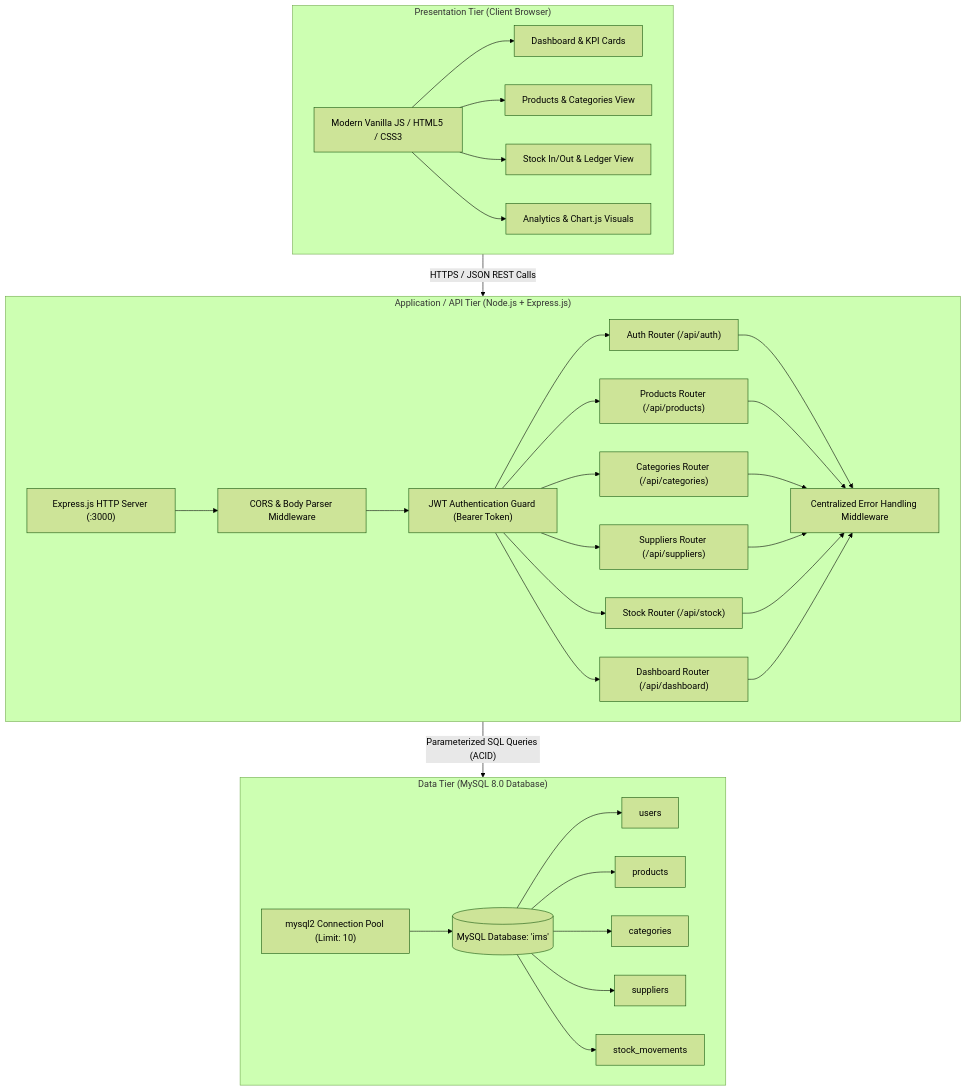
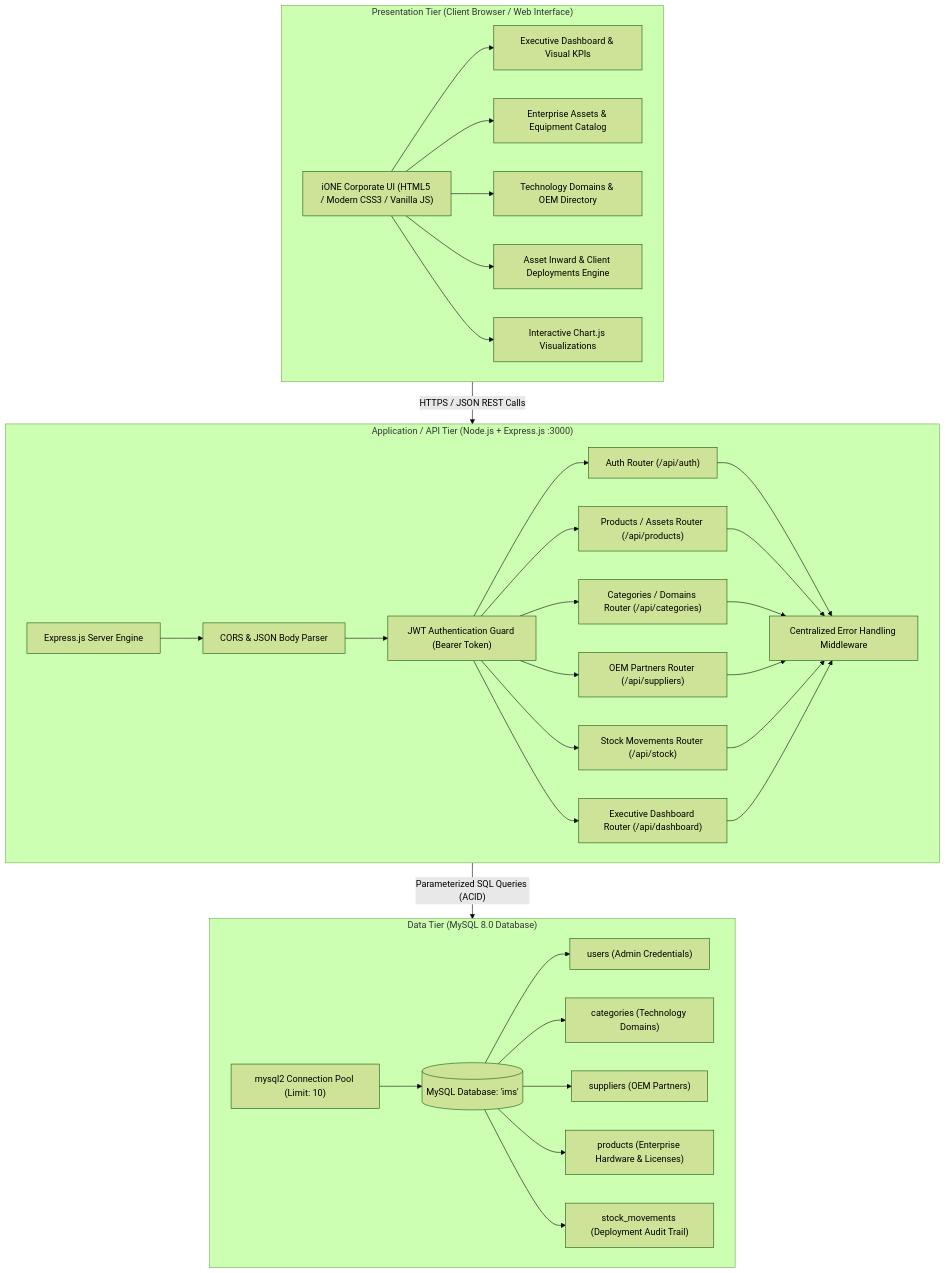
Before and after one commit to bhumika-bindal/Inventory_mngmnt_sys: the first of 3 diagrams in IMS_System_Design.md, drawn with Mermaid (forest theme). The commit also changed other lines of this file and 12 other files, not shown here.

Commit message:
feat: customize IMS for iONE IT Solutions with enterprise assets, OEM partners, and corporate branding

````diff
--- a/IMS_System_Design.md
+++ b/IMS_System_Design.md
@@ -15,42 +15,43 @@
 ```mermaid
 flowchart TD
-    subgraph Tier1["Presentation Tier (Client Browser)"]
-        UI["Modern Vanilla JS / HTML5 / CSS3"]
-        V1["Dashboard & KPI Cards"]
-        V2["Products & Categories View"]
-        V3["Stock In/Out & Ledger View"]
-        V4["Analytics & Chart.js Visuals"]
-        UI --> V1 & V2 & V3 & V4
+    subgraph Tier1["Presentation Tier (Client Browser / Web Interface)"]
+        UI["iONE Corporate UI (HTML5 / Modern CSS3 / Vanilla JS)"]
+        V1["Executive Dashboard & Visual KPIs"]
+        V2["Enterprise Assets & Equipment Catalog"]
+        V3["Technology Domains & OEM Directory"]
+        V4["Asset Inward & Client Deployments Engine"]
+        V5["Interactive Chart.js Visualizations"]
+        UI --> V1 & V2 & V3 & V4 & V5
     end
 
-    subgraph Tier2["Application / API Tier (Node.js + Express.js)"]
-        Server["Express.js HTTP Server (:3000)"]
-        MW1["CORS & Body Parser Middleware"]
+    subgraph Tier2["Application / API Tier (Node.js + Express.js :3000)"]
+        Server["Express.js Server Engine"]
+        MW1["CORS & JSON Body Parser"]
         MW2["JWT Authentication Guard (Bearer Token)"]
         MW3["Centralized Error Handling Middleware"]
         R1["Auth Router (/api/auth)"]
-        R2["Products Router (/api/products)"]
-        R3["Categories Router (/api/categories)"]
-        R4["Suppliers Router (/api/suppliers)"]
-        R5["Stock Router (/api/stock)"]
-        R6["Dashboard Router (/api/dashboard)"]
+        R2["Products / Assets Router (/api/products)"]
+        R3["Categories / Domains Router (/api/categories)"]
+        R4["OEM Partners Router (/api/suppliers)"]
+        R5["Stock Movements Router (/api/stock)"]
+        R6["Executive Dashboard Router (/api/dashboard)"]
 
         Server --> MW1 --> MW2 --> R1 & R2 & R3 & R4 & R5 & R6 --> MW3
     end
 
     subgraph Tier3["Data Tier (MySQL 8.0 Database)"]
         Pool["mysql2 Connection Pool (Limit: 10)"]
         DB[(MySQL Database: 'ims')]
-        T1["users"]
-        T2["products"]
-        T3["categories"]
-        T4["suppliers"]
-        T5["stock_movements"]
+        T1["users (Admin Credentials)"]
+        T2["categories (Technology Domains)"]
+        T3["suppliers (OEM Partners)"]
+        T4["products (Enterprise Hardware & Licenses)"]
+        T5["stock_movements (Deployment Audit Trail)"]
 
         Pool --> DB
         DB --> T1 & T2 & T3 & T4 & T5
     end
 
     Tier1 --"HTTPS / JSON REST Calls"--> Tier2
     Tier2 --"Parameterized SQL Queries (ACID)"--> Tier3
 ```
````
